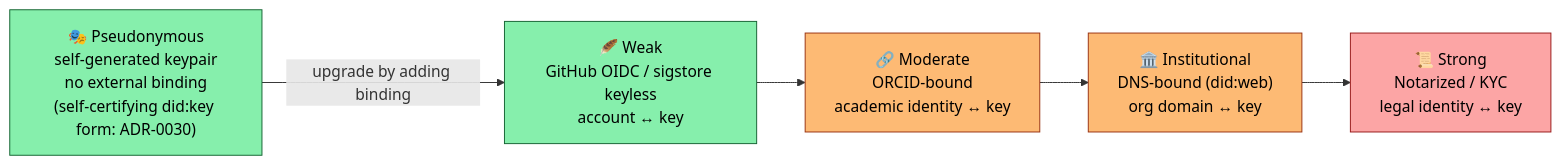
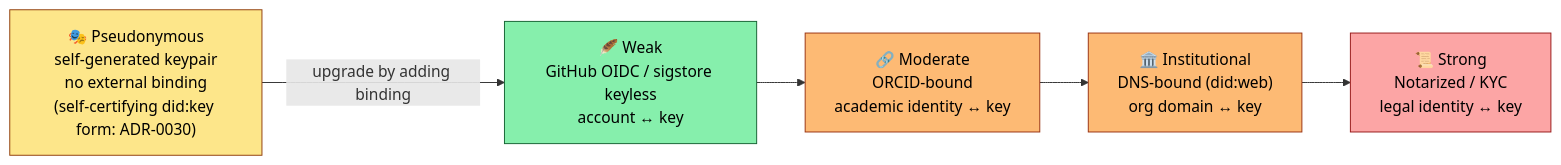
Before and after one commit to npstorey/civic-ai-tools: the fourth of 8 diagrams in docs/architecture/end-state-vision.md, drawn with Mermaid. The commit also changed other lines of this file, not shown here.

Commit message:
End-state vision: the did:key rung is Partial until a real package uses it
The owner ruled (2026-09-21, Wave N14, typedstandards#77) that the
self-certifying did:key form of the pseudonymous rung is Partial, not
Built: it is implemented in both cores and the deployed verifier, but no
real package is signed with a did:key identifier yet. It becomes Built
when the first one is. The scripted-recomputation profile stays Built.

Claude-Session: https://claude.ai/code/session_01XDqq5SwEaQLv7Nro9eeApL

````diff
--- a/docs/architecture/end-state-vision.md
+++ b/docs/architecture/end-state-vision.md
@@ -232,18 +232,18 @@
 ```mermaid
 flowchart LR
-    P["🎭 Pseudonymous<br/>self-generated keypair<br/>no external binding<br/>(self-certifying did:key form: ADR-0030)"]:::built
+    P["🎭 Pseudonymous<br/>self-generated keypair<br/>no external binding<br/>(self-certifying did:key form: ADR-0030)"]:::partial
     W["🪶 Weak<br/>GitHub OIDC / sigstore keyless<br/>account ↔ key"]:::built
     M["🔗 Moderate<br/>ORCID-bound<br/>academic identity ↔ key"]:::designed
     I["🏛️ Institutional<br/>DNS-bound (did:web)<br/>org domain ↔ key"]:::designed
     S["📜 Strong<br/>Notarized / KYC<br/>legal identity ↔ key"]:::speculative
 
     P -->|"upgrade by adding binding"| W
     W --> M
     M --> I
     I --> S
 
     classDef built fill:#86efac,stroke:#166534,color:#000
     classDef partial fill:#fde68a,stroke:#92400e,color:#000
     classDef designed fill:#fdba74,stroke:#9a3412,color:#000
     classDef speculative fill:#fca5a5,stroke:#991b1b,color:#000
 ```
````
